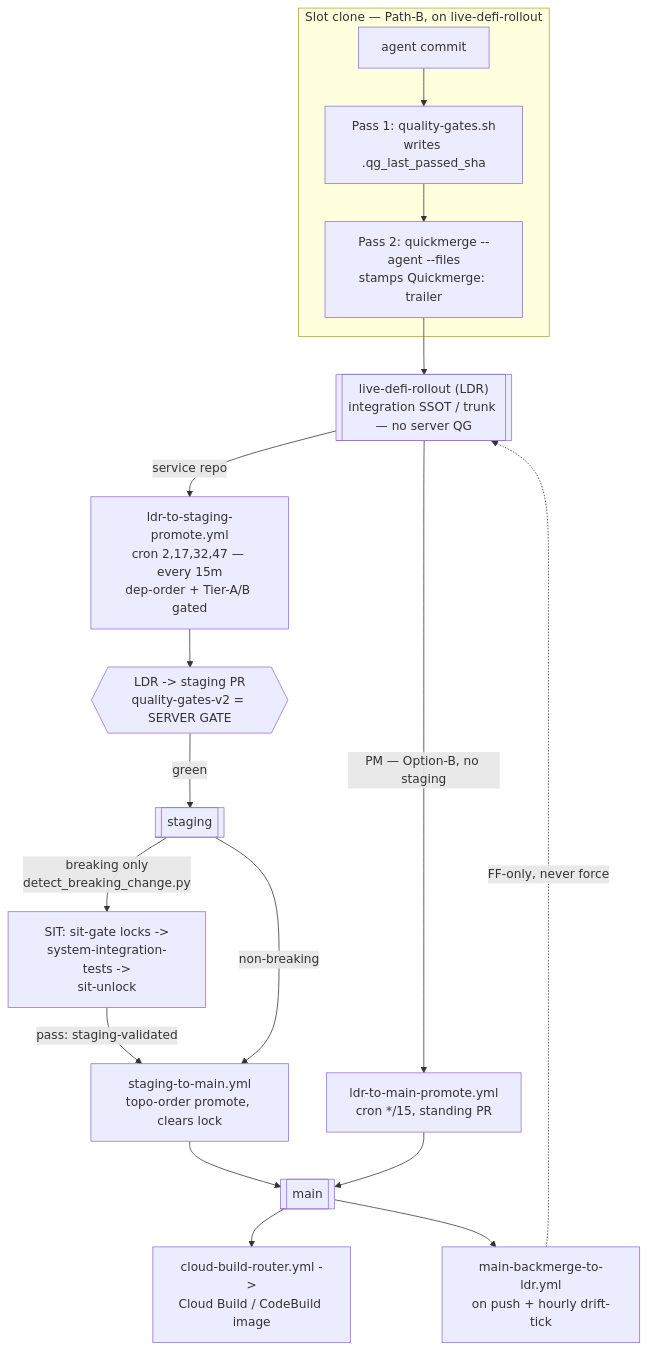
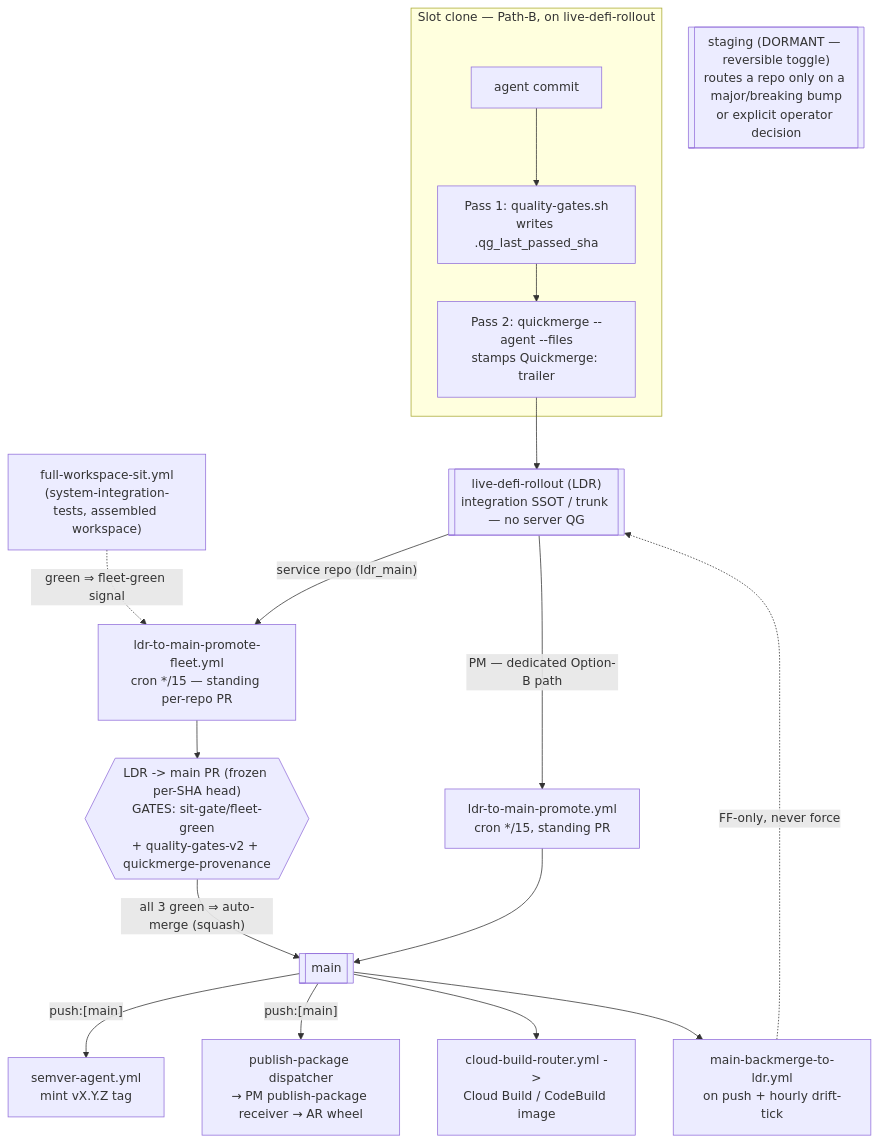
One commit to IggyIkenna/unified-trading-pm changed the diagram in codex/08-workflows/ci-cd-flow.md. Above: the diagram before and after it, drawn with Mermaid. The commit also changed other lines of this file and 2 other files, not shown here.

First line of the commit message:
docs(codex): rewrite ci-cd-flow.md + CLAUDE.md shipping-pipeline section to the MVP model

````diff
--- a/codex/08-workflows/ci-cd-flow.md
+++ b/codex/08-workflows/ci-cd-flow.md
@@ -84,20 +131,20 @@
 ```mermaid
 flowchart TB
     subgraph dev["Slot clone — Path-B, on live-defi-rollout"]
         commit["agent commit"] --> qg1["Pass 1: quality-gates.sh<br/>writes .qg_last_passed_sha"]
         qg1 --> qm["Pass 2: quickmerge --agent --files<br/>stamps Quickmerge: trailer"]
     end
     qm --> ldr[["live-defi-rollout (LDR)<br/>integration SSOT / trunk — no server QG"]]
-    ldr -->|"service repo"| tierc["ldr-to-staging-promote.yml<br/>cron 2,17,32,47 — every 15m<br/>dep-order + Tier-A/B gated"]
-    tierc --> spr{{"LDR -&gt; staging PR<br/>quality-gates-v2 = SERVER GATE"}}
-    spr -->|"green"| staging[["staging"]]
-    staging -->|"breaking only<br/>detect_breaking_change.py"| sit["SIT: sit-gate locks -&gt;<br/>system-integration-tests -&gt;<br/>sit-unlock"]
-    sit -->|"pass: staging-validated"| s2m["staging-to-main.yml<br/>topo-order promote, clears lock"]
-    staging -->|"non-breaking"| s2m
-    s2m --> main[["main"]]
-    ldr -->|"PM — Option-B, no staging"| ldrmain["ldr-to-main-promote.yml<br/>cron */15, standing PR"]
-    ldrmain --> main
+    sit["full-workspace-sit.yml<br/>(system-integration-tests, assembled workspace)"] -.->|"green ⇒ fleet-green signal"| fleet
+    ldr -->|"service repo (ldr_main)"| fleet["ldr-to-main-promote-fleet.yml<br/>cron */15 — standing per-repo PR"]
+    fleet --> ppr{{"LDR -&gt; main PR (frozen per-SHA head)<br/>GATES: sit-gate/fleet-green<br/>+ quality-gates-v2 + quickmerge-provenance"}}
+    ppr -->|"all 3 green ⇒ auto-merge (squash)"| main[["main"]]
+    ldr -->|"PM — dedicated Option-B path"| pmpr["ldr-to-main-promote.yml<br/>cron */15, standing PR"]
+    pmpr --> main
+    main -->|"push:[main]"| semver["semver-agent.yml<br/>mint vX.Y.Z tag"]
+    main -->|"push:[main]"| pub["publish-package dispatcher<br/>→ PM publish-package receiver → AR wheel"]
     main --> img["cloud-build-router.yml -&gt;<br/>Cloud Build / CodeBuild image"]
     main --> bm["main-backmerge-to-ldr.yml<br/>on push + hourly drift-tick"]
     bm -.->|"FF-only, never force"| ldr
+    staging[["staging (DORMANT — reversible toggle)<br/>routes a repo only on a major/breaking bump<br/>or explicit operator decision"]]
 ```
````
